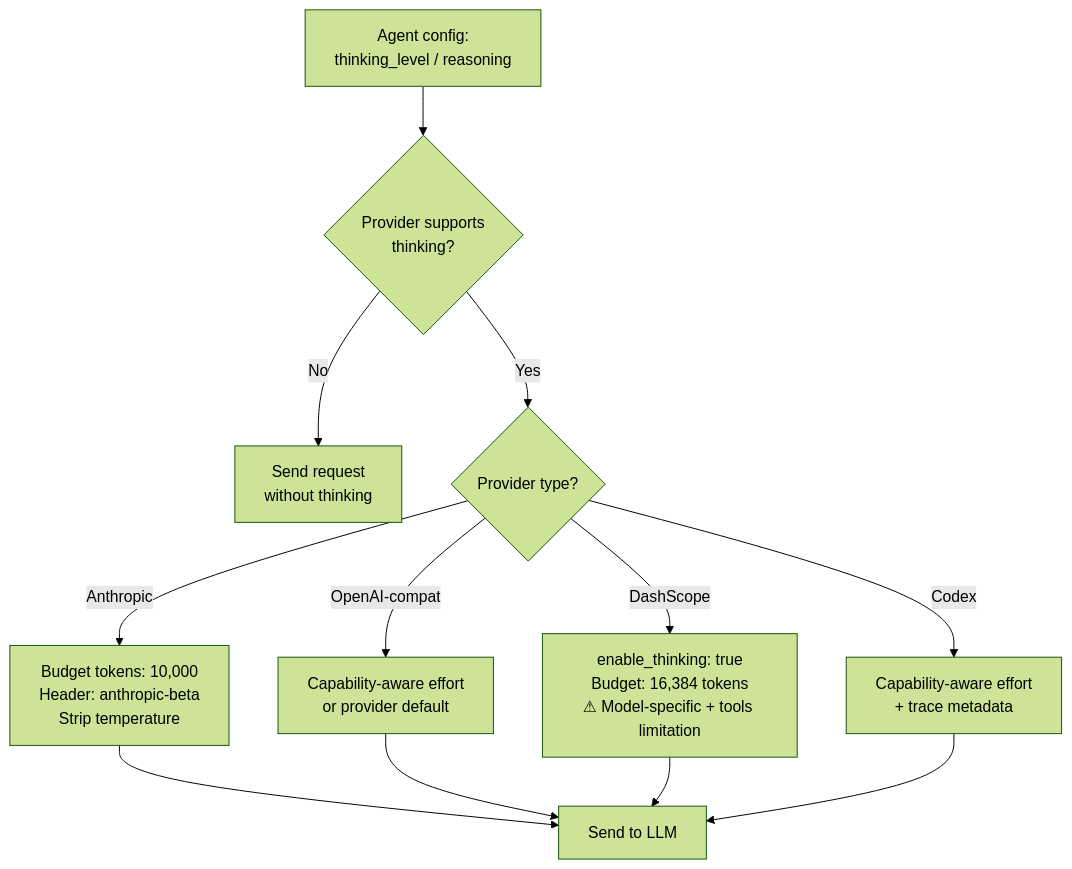
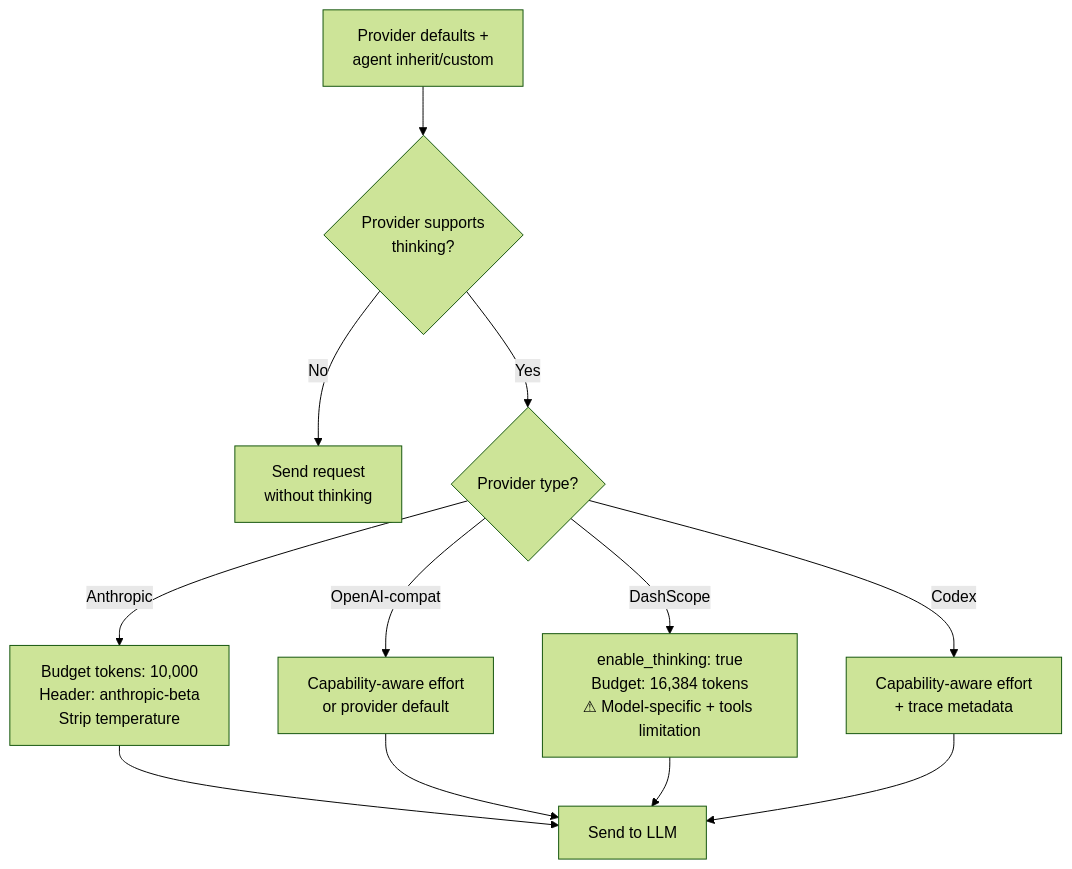
One commit to nextlevelbuilder/goclaw changed the first of 3 diagrams in docs/12-extended-thinking.md. Above: the diagram before and after it, drawn with Mermaid (forest theme). The commit also changed other lines of this file and 37 other files, not shown here.

Commit message:
feat: add provider-first reasoning controls

````diff
--- a/docs/12-extended-thinking.md
+++ b/docs/12-extended-thinking.md
@@ -58,16 +78,16 @@
 ```mermaid
 flowchart TD
-    CONFIG["Agent config:<br/>thinking_level / reasoning"] --> CHECK{"Provider supports<br/>thinking?"}
+    CONFIG["Provider defaults +<br/>agent inherit/custom"] --> CHECK{"Provider supports<br/>thinking?"}
     CHECK -->|No| SKIP["Send request<br/>without thinking"]
     CHECK -->|Yes| MAP{"Provider type?"}
 
     MAP -->|Anthropic| ANTH["Budget tokens: 10,000<br/>Header: anthropic-beta<br/>Strip temperature"]
     MAP -->|OpenAI-compat| OAI["Capability-aware effort<br/>or provider default"]
     MAP -->|DashScope| DASH["enable_thinking: true<br/>Budget: 16,384 tokens<br/>⚠ Model-specific + tools limitation"]
     MAP -->|Codex| CODEX["Capability-aware effort<br/>+ trace metadata"]
 
     ANTH --> SEND["Send to LLM"]
     OAI --> SEND
     DASH --> SEND
     CODEX --> SEND
 ```
````
